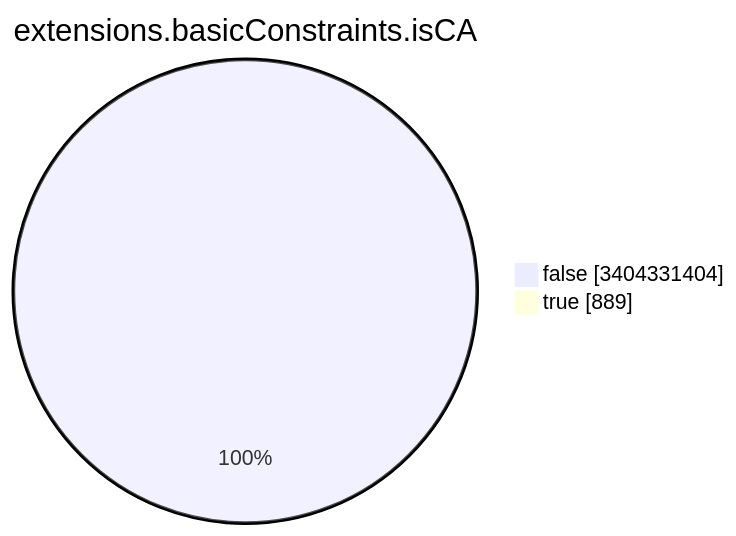
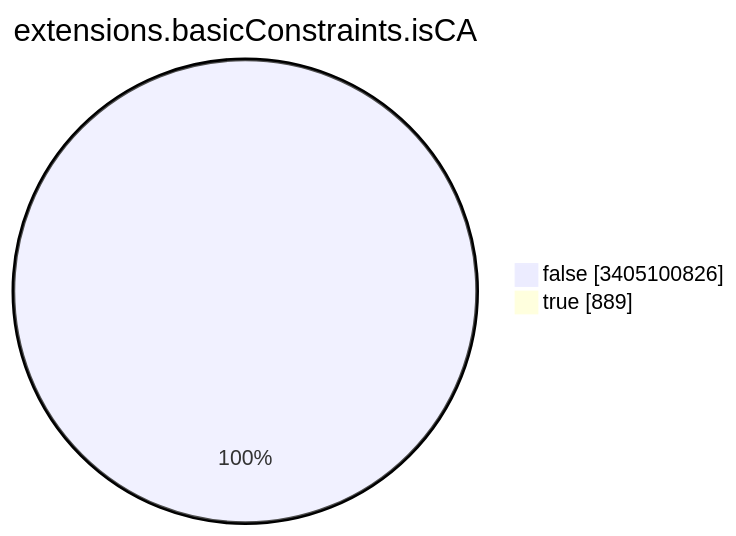
One commit to christiankrug/ctmonitor_visualization changed the seventh of 15 diagrams in TOTAL/README.md. Above: the diagram before and after it, drawn with Mermaid. The commit also changed other lines of this file, not shown here.

````diff
--- a/TOTAL/README.md
+++ b/TOTAL/README.md
@@ -3091,6 +3091,6 @@
 ```mermaid
 pie showData
 title extensions.basicConstraints.isCA
-"false" :3404331404
+"false" :3405100826
 "true" :889
 ```
````
